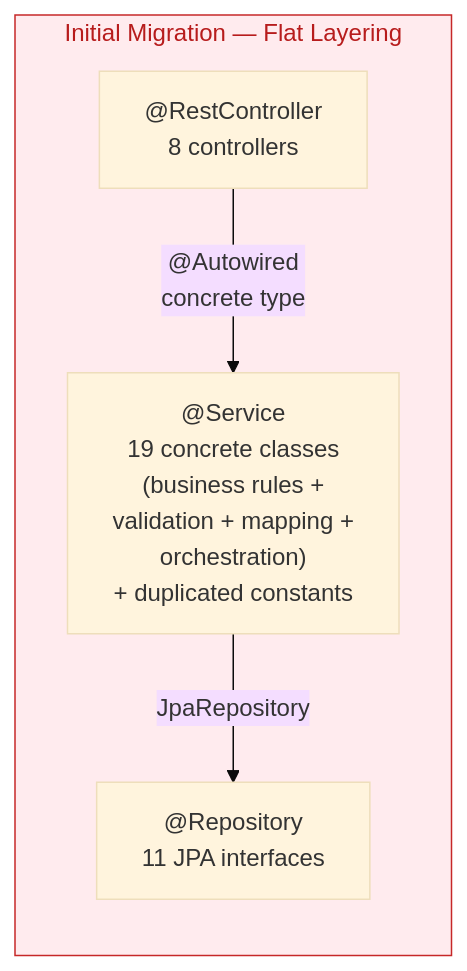
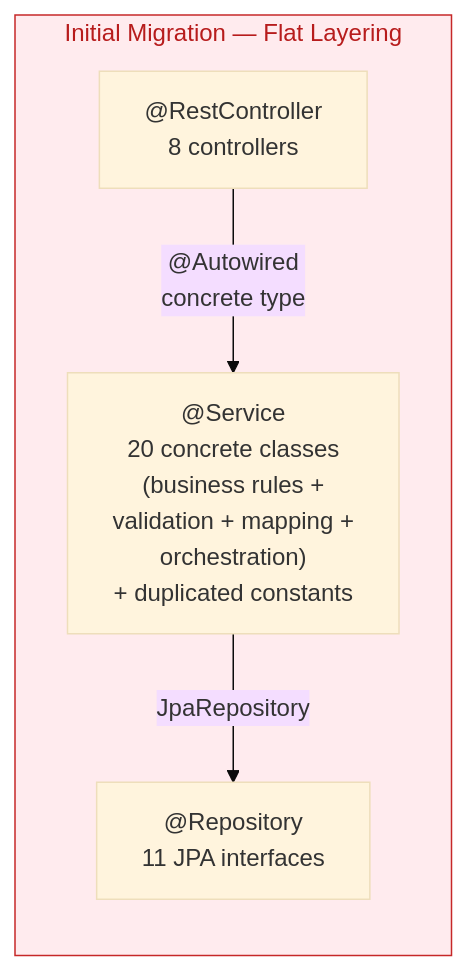
One commit to Blitzy-Sandbox/.github changed the ninth of 12 diagrams in docs/architecture-before-after.md. Above: the diagram before and after it, drawn with Mermaid (base theme).

Commit message:
docs(architecture): correct service class count from 19 to 20 in Section 7a
Addresses code review MINOR finding at architecture-before-after.md line 1039.

Section 7a (Refactor-Before) Mermaid diagram previously showed '@Service<br/>19 concrete classes',
which was inconsistent with:
- AAP §0.2.1 explicitly stating 'All 20 service classes require interface extraction'
- Section 7b line 1057 correctly showing '20 implementations' (Refactor-After)
- Section 7c line 1078 correctly showing '20 @Service implementations' (Package Map)
- Gate 2 test enumeration in GateVerificationTest.java (lines 526-691) listing exactly 20 services

Since the refactoring does not add or remove any services (it only extracts interfaces and
delegates logic to the domain layer), the Before and After counts must be consistent.

Change: '19 concrete classes' -> '20 concrete classes' on line 1039.

No business logic changes. No code changes. Pure documentation fix — 1 insertion, 1 deletion.

````diff
--- a/docs/architecture-before-after.md
+++ b/docs/architecture-before-after.md
@@ -1034,12 +1034,12 @@
 ```mermaid
 graph LR
     subgraph RefactorBefore["Initial Migration — Flat Layering"]
         direction TB
         FC["@RestController<br/>8 controllers"]
-        FS["@Service<br/>19 concrete classes<br/>(business rules +<br/>validation + mapping +<br/>orchestration)<br/>+ duplicated constants"]
+        FS["@Service<br/>20 concrete classes<br/>(business rules +<br/>validation + mapping +<br/>orchestration)<br/>+ duplicated constants"]
         FR["@Repository<br/>11 JPA interfaces"]
         FC -->|"@Autowired<br/>concrete type"| FS
         FS -->|"JpaRepository"| FR
     end
     style RefactorBefore fill:#FFEBEE,stroke:#C62828,color:#B71C1C
 ```
````
